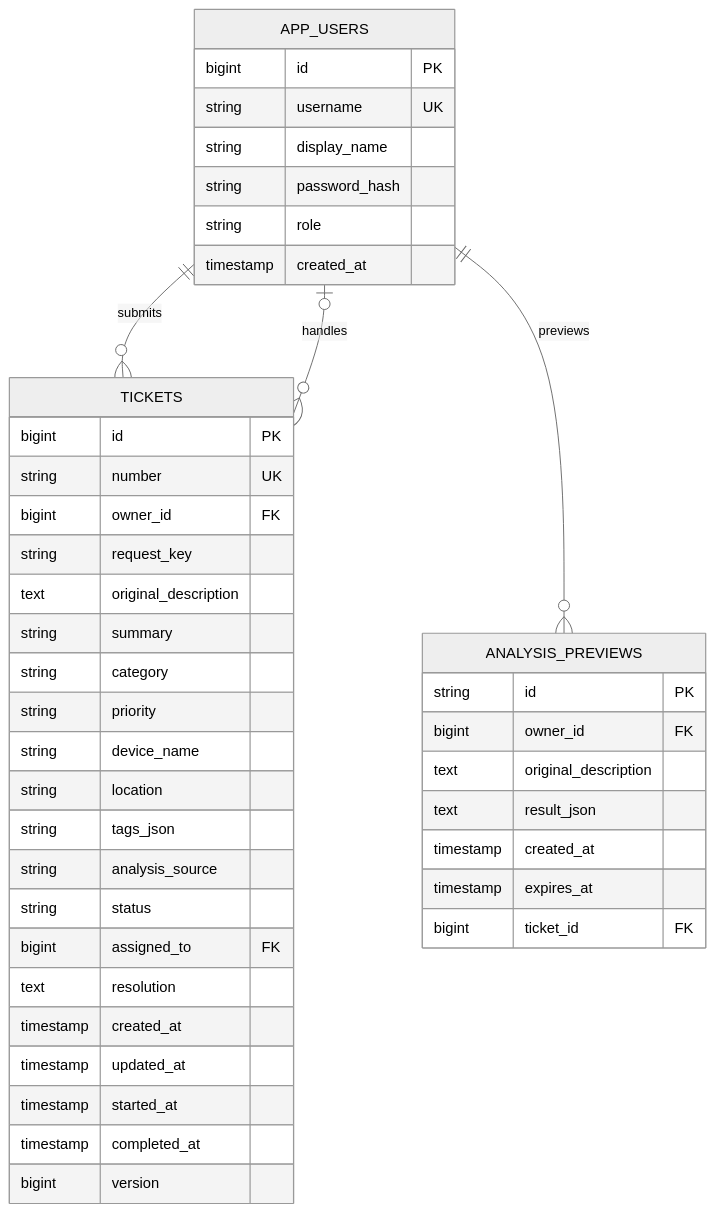
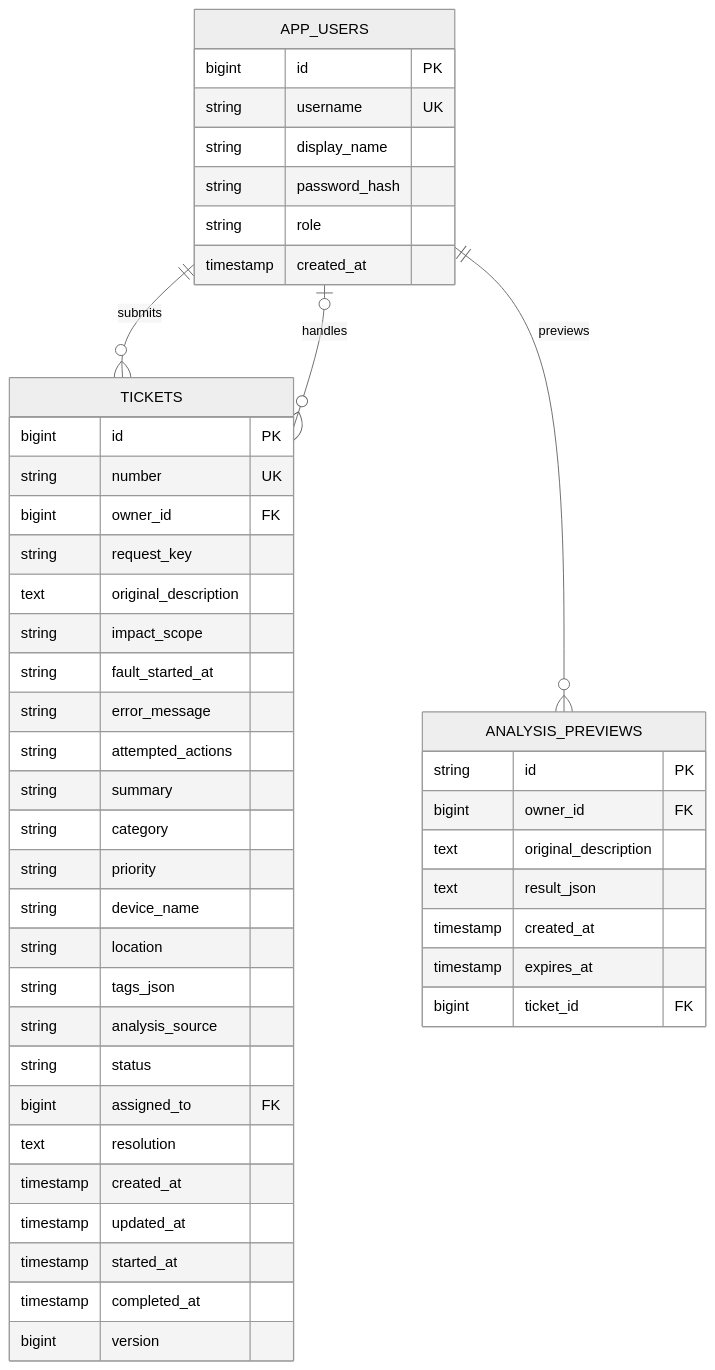
Before and after one commit to L1ke40oz/smart-workorder-system: the second of 3 diagrams in docs/架构设计.md, drawn with Mermaid (neutral theme). The commit also changed other lines of this file and 28 other files, not shown here.

````diff
--- a/docs/架构设计.md
+++ b/docs/架构设计.md
@@ -79,45 +81,49 @@
 ```mermaid
 erDiagram
     APP_USERS ||--o{ TICKETS : submits
     APP_USERS o|--o{ TICKETS : handles
     APP_USERS ||--o{ ANALYSIS_PREVIEWS : previews
     APP_USERS {
         bigint id PK
         string username UK
         string display_name
         string password_hash
         string role
         timestamp created_at
     }
     TICKETS {
         bigint id PK
         string number UK
         bigint owner_id FK
         string request_key
         text original_description
+        string impact_scope
+        string fault_started_at
+        string error_message
+        string attempted_actions
         string summary
         string category
         string priority
         string device_name
         string location
         string tags_json
         string analysis_source
         string status
         bigint assigned_to FK
         text resolution
         timestamp created_at
         timestamp updated_at
         timestamp started_at
         timestamp completed_at
         bigint version
     }
     ANALYSIS_PREVIEWS {
         string id PK
         bigint owner_id FK
         text original_description
         text result_json
         timestamp created_at
         timestamp expires_at
         bigint ticket_id FK
     }
 ```
````
